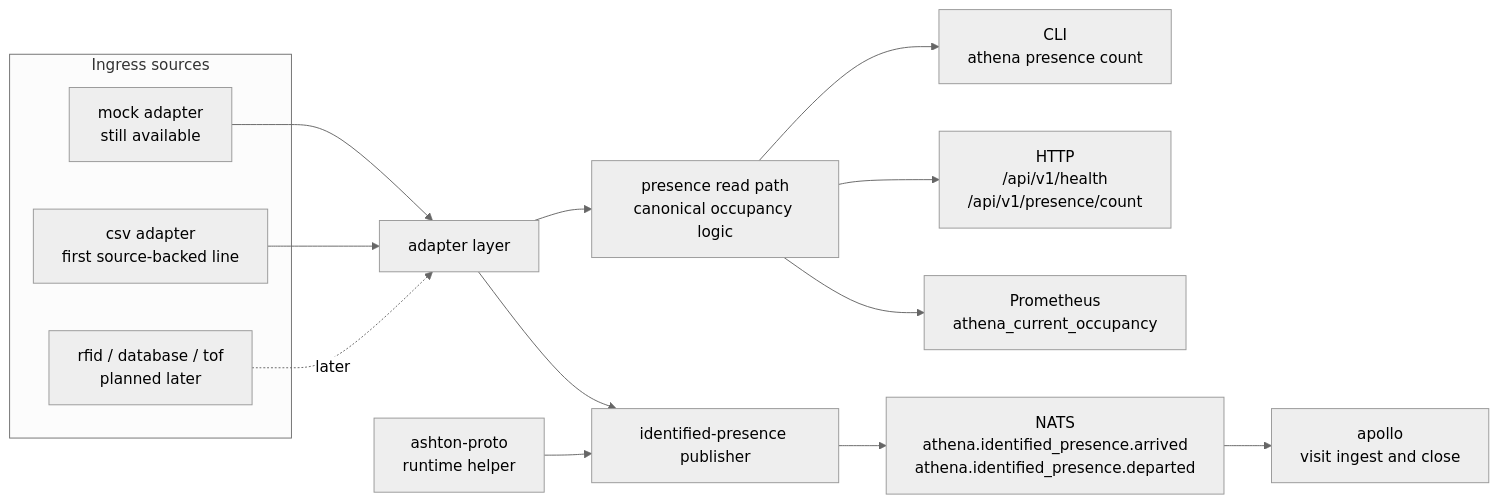
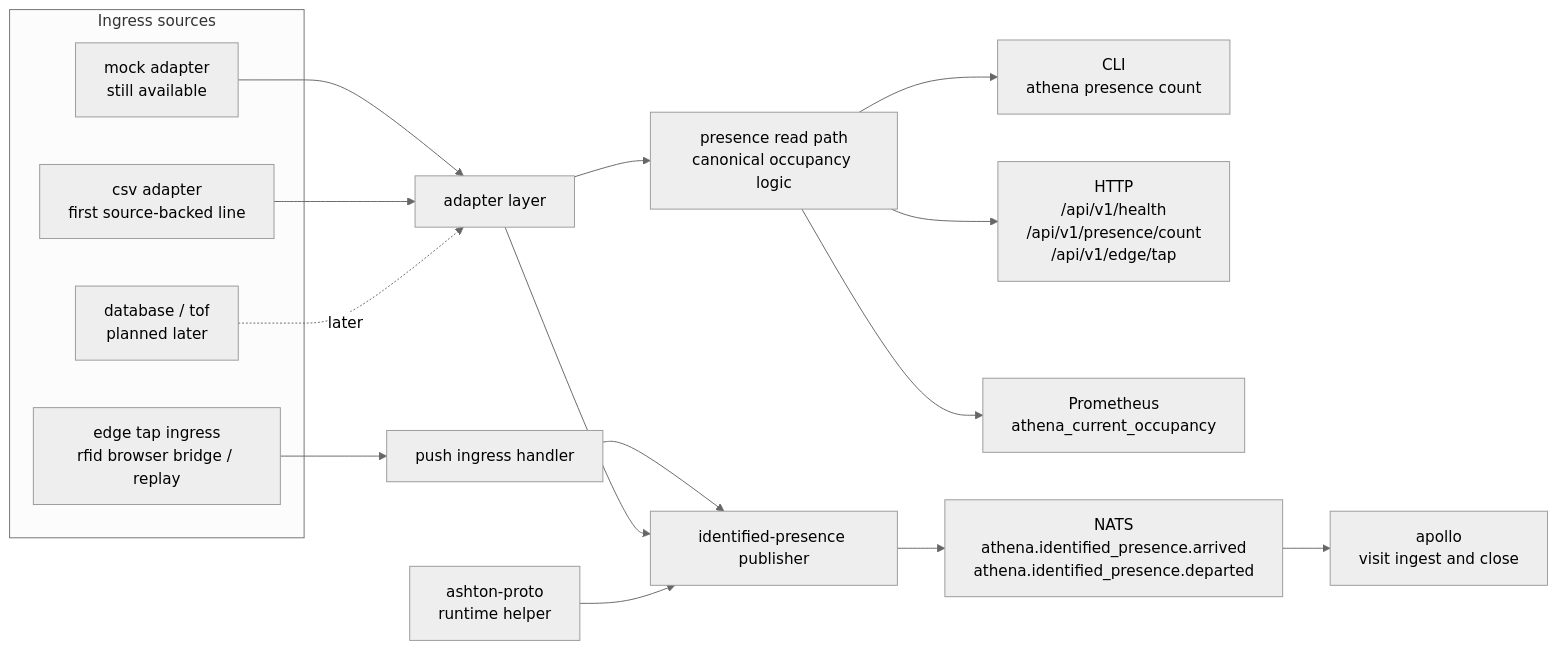
Before and after one commit to ixxet/athena: the diagram in docs/diagrams/athena-read-and-publish.mmd, drawn with Mermaid (neutral theme). The commit also changed 3 other files, not shown here.

Commit message:
athena: add touchnet browser bridge fixtures and runbook

```diff
--- a/docs/diagrams/athena-read-and-publish.mmd
+++ b/docs/diagrams/athena-read-and-publish.mmd
@@ -1,27 +1,30 @@
 flowchart LR
   subgraph inputs["Ingress sources"]
     mock["mock adapter<br/>still available"]
     csv["csv adapter<br/>first source-backed line"]
-    future["rfid / database / tof<br/>planned later"]
+    edge["edge tap ingress<br/>rfid browser bridge / replay"]
+    future["database / tof<br/>planned later"]
   end
 
   adapter["adapter layer"]
+  ingress["push ingress handler"]
   read["presence read path<br/>canonical occupancy logic"]
   cli["CLI<br/>athena presence count"]
-  api["HTTP<br/>/api/v1/health<br/>/api/v1/presence/count"]
+  api["HTTP<br/>/api/v1/health<br/>/api/v1/presence/count<br/>/api/v1/edge/tap"]
   metrics["Prometheus<br/>athena_current_occupancy"]
   publish["identified-presence publisher"]
   helper["ashton-proto<br/>runtime helper"]
   nats["NATS<br/>athena.identified_presence.arrived<br/>athena.identified_presence.departed"]
   apollo["apollo<br/>visit ingest and close"]
 
   mock --> adapter
   csv --> adapter
+  edge --> ingress --> publish
   future -. later .-> adapter
   adapter --> read
   read --> cli
   read --> api
   read --> metrics
   adapter --> publish
   helper --> publish
   publish --> nats --> apollo
```
